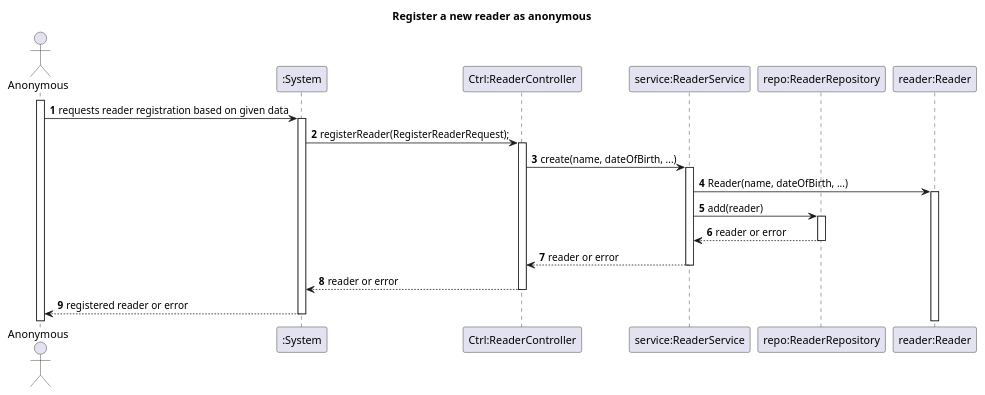
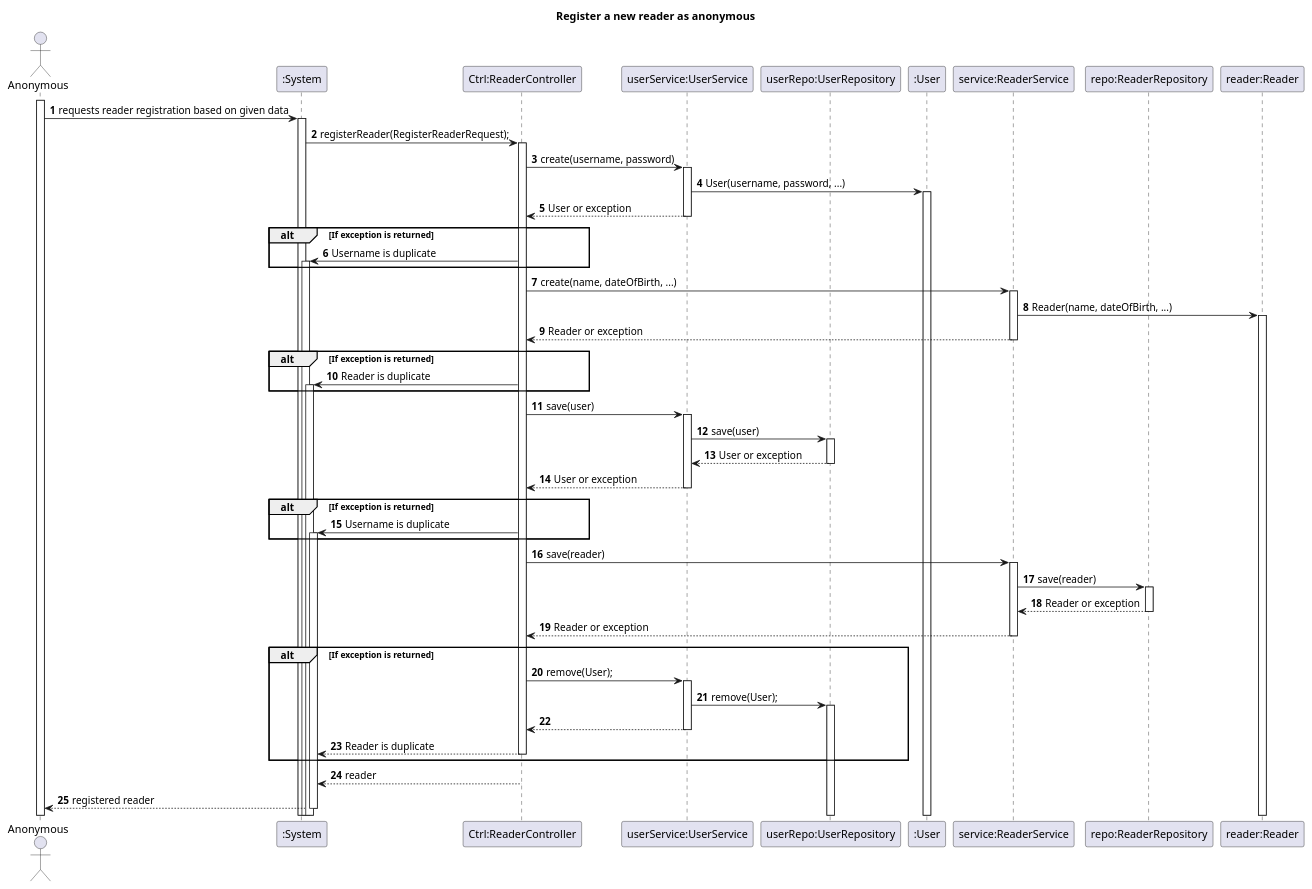
The diagram in Docs/Phase1/WP3A-Readers/Ph1-11-RegisterReader/SD.puml (rutemf/1220944_1220772_G01), drawn with PlantUML before and after one commit. The commit also changed 7 other files, not shown here.

```diff
--- a/Docs/Phase1/WP3A-Readers/Ph1-11-RegisterReader/SD.puml
+++ b/Docs/Phase1/WP3A-Readers/Ph1-11-RegisterReader/SD.puml
@@ -1,29 +1,70 @@
 @startuml
 'https://plantuml.com/sequence-diagram
 autoactivate on
 autonumber
 
 title Register a new reader as anonymous
 
-actor "Anonymous" as User
+actor "Anonymous" as Anonymous
 participant ":System" as System
 participant "Ctrl:ReaderController" as Ctrl
+participant "userService:UserService" as UserService
+participant "userRepo:UserRepository" as UserRepository
+participant ":User" as User
 participant "service:ReaderService" as Service
 participant "repo:ReaderRepository" as Repo
 participant "reader:Reader" as Reader
 
-activate User
+activate Anonymous
 
-User -> System: requests reader registration based on given data
+Anonymous -> System: requests reader registration based on given data
 
 System -> Ctrl: registerReader(RegisterReaderRequest);
 
+Ctrl -> UserService: create(username, password)
+UserService -> User: User(username, password, ...)
+UserService --> Ctrl: User or exception
+alt If exception is returned
+    Ctrl -> System: Username is duplicate
+end
+
+/'UserService -> UserRepository: save(user);
+UserRepository --> UserService: User or exception
+
+alt If exception is returned
+    Ctrl -> System: Username is duplicate
+end'/
+
 Ctrl -> Service: create(name, dateOfBirth, ...)
 Service -> Reader: Reader(name, dateOfBirth, ...)
-Service -> Repo: add(reader)
-Repo --> Service: reader or error
-Service --> Ctrl: reader or error
-Ctrl --> System: reader or error
-System --> User: registered reader or error
+Service --> Ctrl: Reader or exception
+
+alt If exception is returned
+    Ctrl -> System: Reader is duplicate
+end
+
+Ctrl -> UserService: save(user)
+UserService -> UserRepository: save(user)
+UserRepository --> UserService: User or exception
+UserService --> Ctrl: User or exception
+
+alt If exception is returned
+    Ctrl -> System: Username is duplicate
+end
+
+Ctrl -> Service: save(reader)
+Service -> Repo: save(reader)
+Repo --> Service: Reader or exception
+Service --> Ctrl: Reader or exception
+
+alt If exception is returned
+    Ctrl -> UserService: remove(User);
+    UserService -> UserRepository: remove(User);
+    UserService --> Ctrl:
+    Ctrl --> System: Reader is duplicate
+end
+
+Ctrl --> System: reader
+System --> Anonymous: registered reader
 
 @enduml
```
